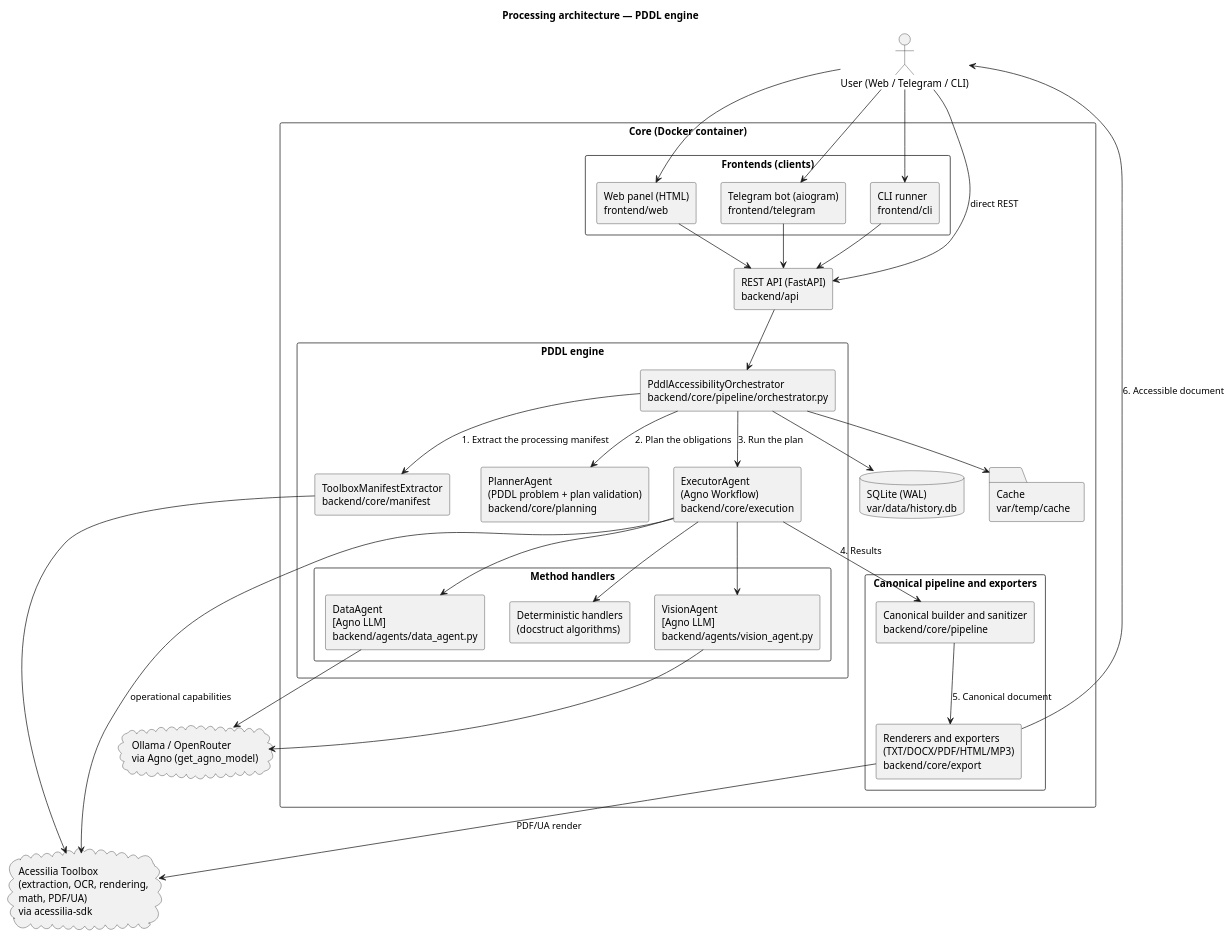
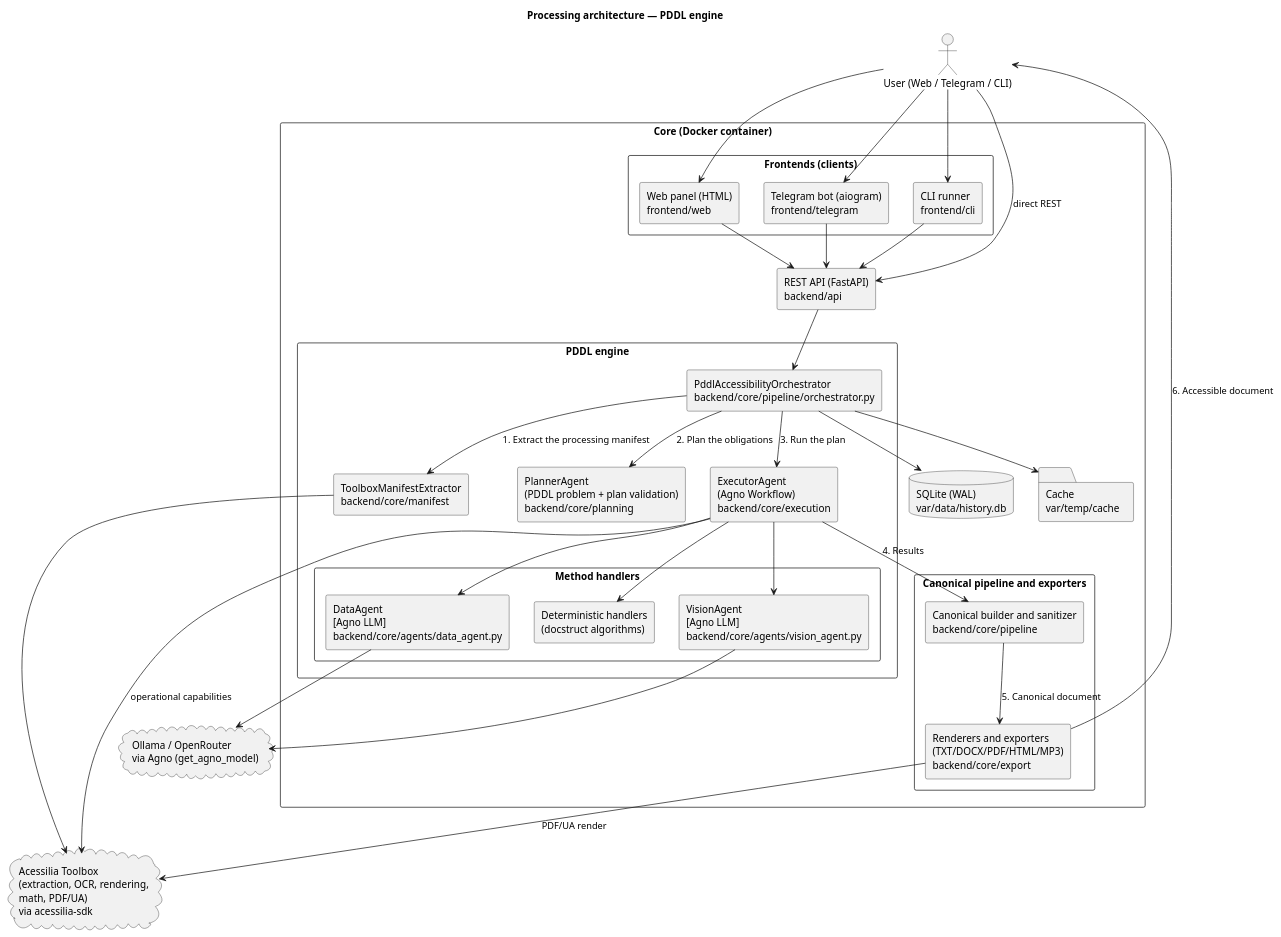
One commit to A11yDevs/acessilia changed the diagram in docs/architecture/architecture.puml. Above: the diagram before and after it, drawn with PlantUML. The commit also changed 72 other files, not shown here.

First line of the commit message:
refactor(core): gather the agents under backend/core/agents

```diff
--- a/docs/architecture/architecture.puml
+++ b/docs/architecture/architecture.puml
@@ -1,74 +1,74 @@
 @startuml architecture
 skinparam componentStyle rectangle
 skinparam shadowing false
 skinparam packageStyle rectangle
 
 title Processing architecture — PDDL engine
 
 actor "User (Web / Telegram / CLI)" as User
 
 package "Core (Docker container)" {
 
   package "Frontends (clients)" {
     component "Web panel (HTML)\nfrontend/web" as WebUI
     component "Telegram bot (aiogram)\nfrontend/telegram" as TelegramBot
     component "CLI runner\nfrontend/cli" as CLI
   }
 
   component "REST API (FastAPI)\nbackend/api" as API
 
   package "PDDL engine" {
     component "PddlAccessibilityOrchestrator\nbackend/core/pipeline/orchestrator.py" as Orchestrator
     component "ToolboxManifestExtractor\nbackend/core/manifest" as Manifest
     component "PlannerAgent\n(PDDL problem + plan validation)\nbackend/core/planning" as Planner
     component "ExecutorAgent\n(Agno Workflow)\nbackend/core/execution" as Executor
 
     package "Method handlers" {
-      component "VisionAgent\n[Agno LLM]\nbackend/agents/vision_agent.py" as Vision
-      component "DataAgent\n[Agno LLM]\nbackend/agents/data_agent.py" as Data
+      component "VisionAgent\n[Agno LLM]\nbackend/core/agents/vision_agent.py" as Vision
+      component "DataAgent\n[Agno LLM]\nbackend/core/agents/data_agent.py" as Data
       component "Deterministic handlers\n(docstruct algorithms)" as Deterministic
     }
   }
 
   package "Canonical pipeline and exporters" {
     component "Canonical builder and sanitizer\nbackend/core/pipeline" as Pipeline
     component "Renderers and exporters\n(TXT/DOCX/PDF/HTML/MP3)\nbackend/core/export" as Exporters
   }
 
   database "SQLite (WAL)\nvar/data/history.db" as DB
   folder "Cache\nvar/temp/cache" as Cache
 }
 
 cloud "Acessilia Toolbox\n(extraction, OCR, rendering,\nmath, PDF/UA)\nvia acessilia-sdk" as Toolbox
 cloud "Ollama / OpenRouter\nvia Agno (get_agno_model)" as AI
 
 User --> WebUI
 User --> TelegramBot
 User --> CLI
 User --> API : direct REST
 
 WebUI --> API
 TelegramBot --> API
 CLI --> API
 API --> Orchestrator
 
 Orchestrator --> DB
 Orchestrator --> Cache
 
 Orchestrator --> Manifest : 1. Extract the processing manifest
 Manifest --> Toolbox
 Orchestrator --> Planner : 2. Plan the obligations
 Orchestrator --> Executor : 3. Run the plan
 Executor --> Vision
 Executor --> Data
 Executor --> Deterministic
 Executor --> Toolbox : operational capabilities
 Vision --> AI
 Data --> AI
 
 Executor --> Pipeline : 4. Results
 Pipeline --> Exporters : 5. Canonical document
 Exporters --> Toolbox : PDF/UA render
 Exporters --> User : 6. Accessible document
 
 @enduml
```
